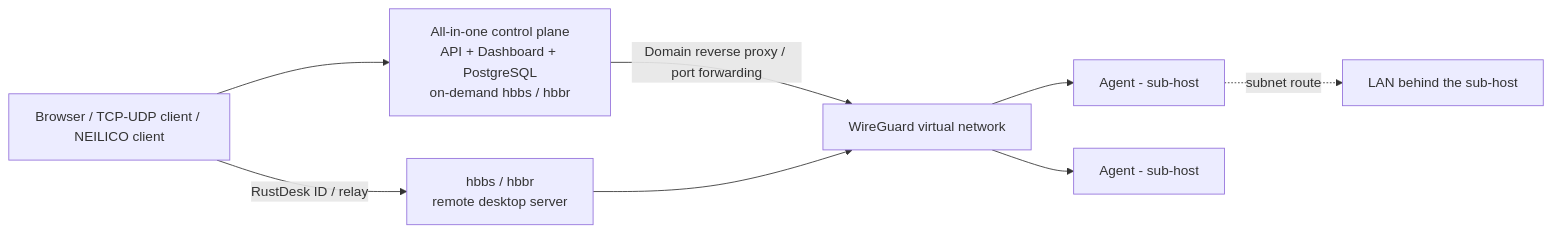
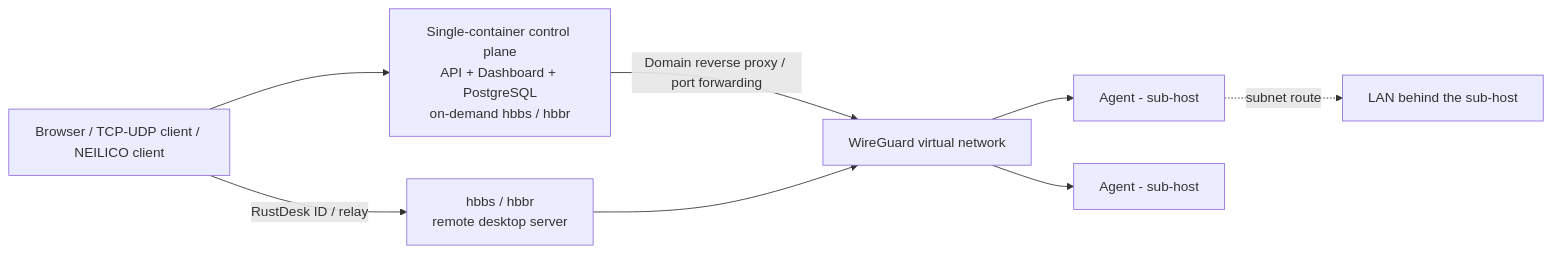
The diagram in README.md (aceneil/neilico), drawn with Mermaid before and after one commit. The commit also changed other lines of this file and 16 other files, not shown here.

First line of the commit message:
refactor: rename the all-in-one image and directory to server

````diff
--- a/README.md
+++ b/README.md
@@ -36,10 +36,10 @@
 ```mermaid
 flowchart LR
-  U[Browser / TCP-UDP client / NEILICO client] --> C[All-in-one control plane<br/>API + Dashboard + PostgreSQL<br/>on-demand hbbs / hbbr]
+  U[Browser / TCP-UDP client / NEILICO client] --> C[Single-container control plane<br/>API + Dashboard + PostgreSQL<br/>on-demand hbbs / hbbr]
   C -->|Domain reverse proxy / port forwarding| W[WireGuard virtual network]
   W --> A1[Agent - sub-host]
   W --> A2[Agent - sub-host]
   A1 -.subnet route.-> L1[LAN behind the sub-host]
   U -->|RustDesk ID / relay| R[hbbs / hbbr<br/>remote desktop server]
   R --> W
 ```
````
